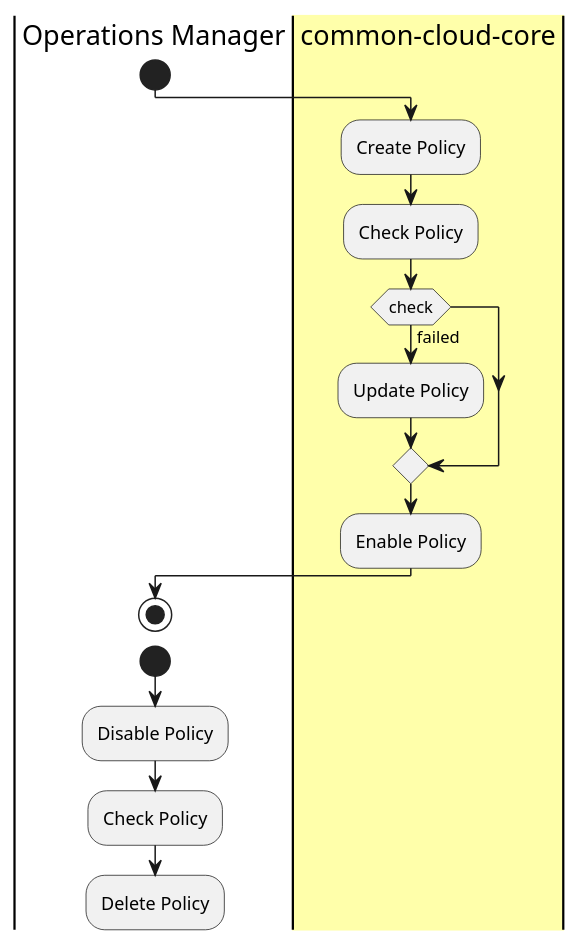
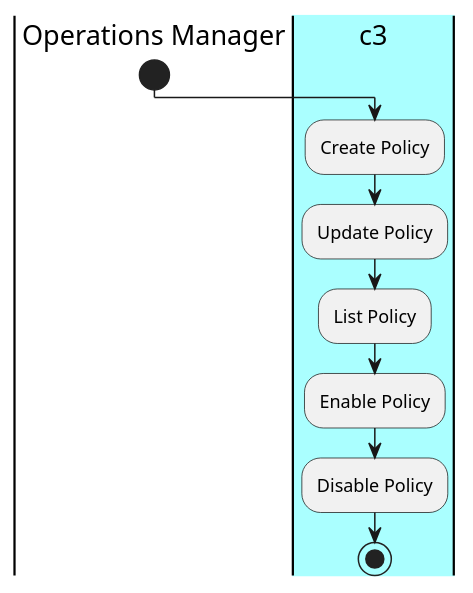
Before and after one commit to CAADE/C3: the diagram in docs/UseCases/Manage-Policies/Activities.puml, drawn with PlantUML. The commit also changed 1607 other files, not shown here.

Commit message:
New format and simulated architecture

```diff
--- a/docs/UseCases/Manage-Policies/Activities.puml
+++ b/docs/UseCases/Manage-Policies/Activities.puml
@@ -1,17 +1,11 @@
 @startuml
 |Operations Manager|
 start
-|#ffffaa|common-cloud-core|
+|#aaffff|c3|
 :Create Policy;
-:Check Policy;
-if(check) then (failed)
 :Update Policy;
-endif
+:List Policy;
 :Enable Policy;
-|Operations Manager|
+:Disable Policy;
 stop
-start
-:Disable Policy;
-:Check Policy;
-:Delete Policy;
 @enduml
```
